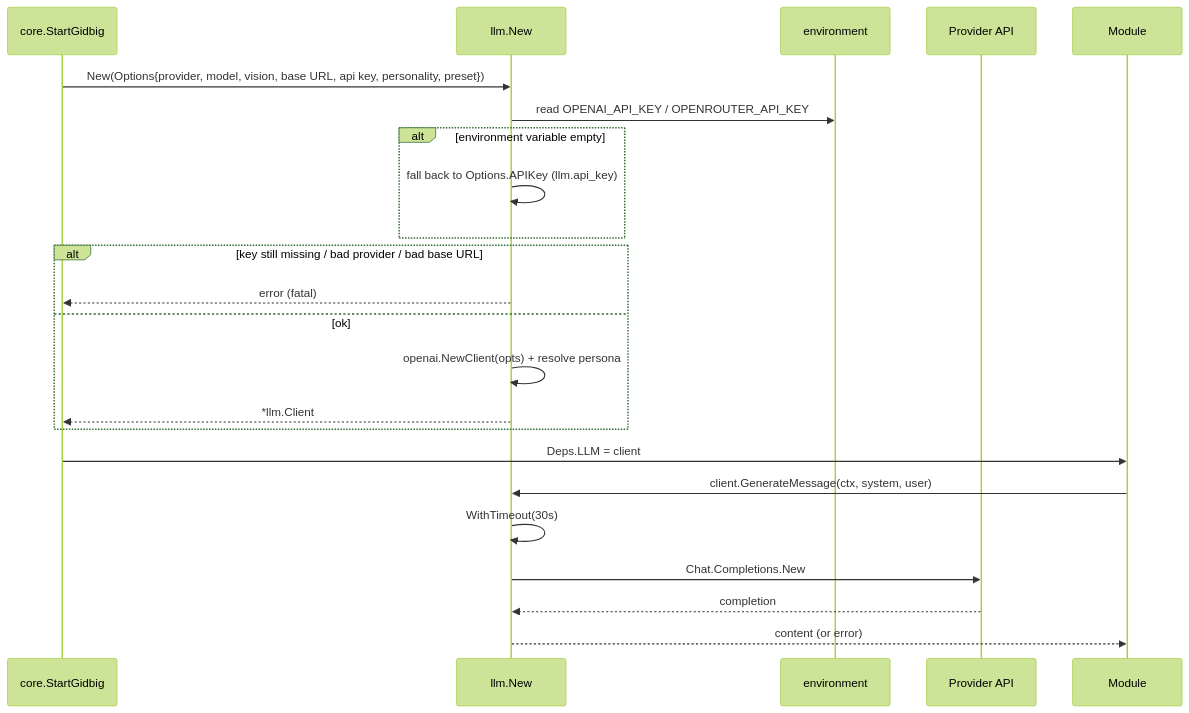
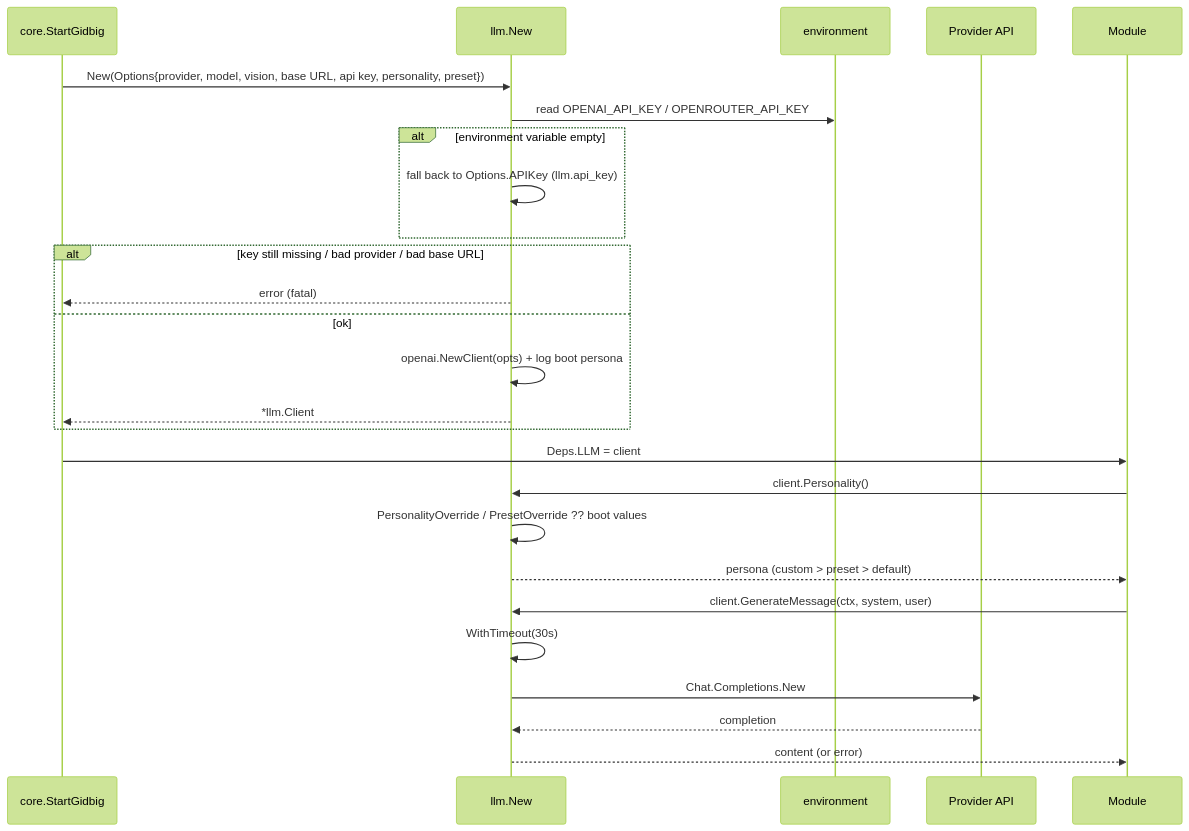
One commit to toksikk/gidbig changed the diagram in docs/modules/llm.md. Above: the diagram before and after it, drawn with Mermaid (forest theme). The commit also changed other lines of this file and 2 other files, not shown here.

Commit message:
llm (#371): resolve personality per request with runtime overrides

````diff
--- a/docs/modules/llm.md
+++ b/docs/modules/llm.md
@@ -40,26 +48,29 @@
 ```mermaid
 sequenceDiagram
     participant Core as core.StartGidbig
     participant L as llm.New
     participant Env as environment
     participant API as Provider API
     participant Mod as Module
 
     Core->>L: New(Options{provider, model, vision, base URL, api key, personality, preset})
     L->>Env: read OPENAI_API_KEY / OPENROUTER_API_KEY
     alt environment variable empty
         L->>L: fall back to Options.APIKey (llm.api_key)
     end
     alt key still missing / bad provider / bad base URL
         L-->>Core: error (fatal)
     else ok
-        L->>L: openai.NewClient(opts) + resolve persona
+        L->>L: openai.NewClient(opts) + log boot persona
         L-->>Core: *llm.Client
     end
     Core->>Mod: Deps.LLM = client
+    Mod->>L: client.Personality()
+    L->>L: PersonalityOverride / PresetOverride ?? boot values
+    L-->>Mod: persona (custom > preset > default)
     Mod->>L: client.GenerateMessage(ctx, system, user)
     L->>L: WithTimeout(30s)
     L->>API: Chat.Completions.New
     API-->>L: completion
     L-->>Mod: content (or error)
 ```
````
